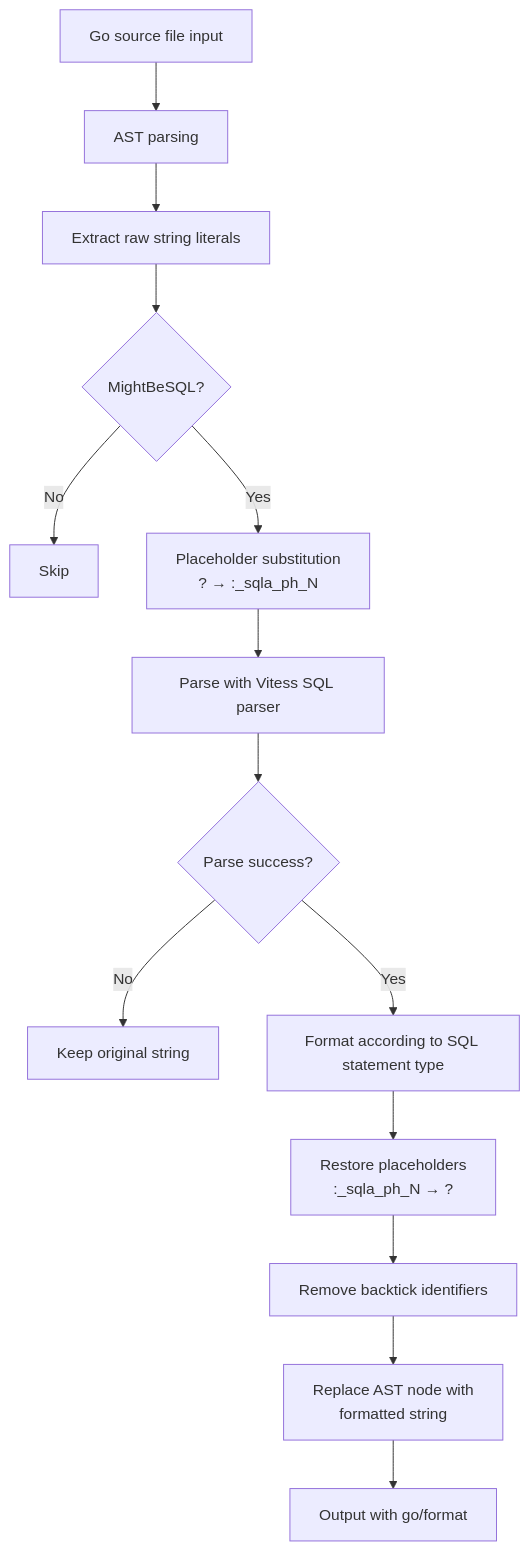
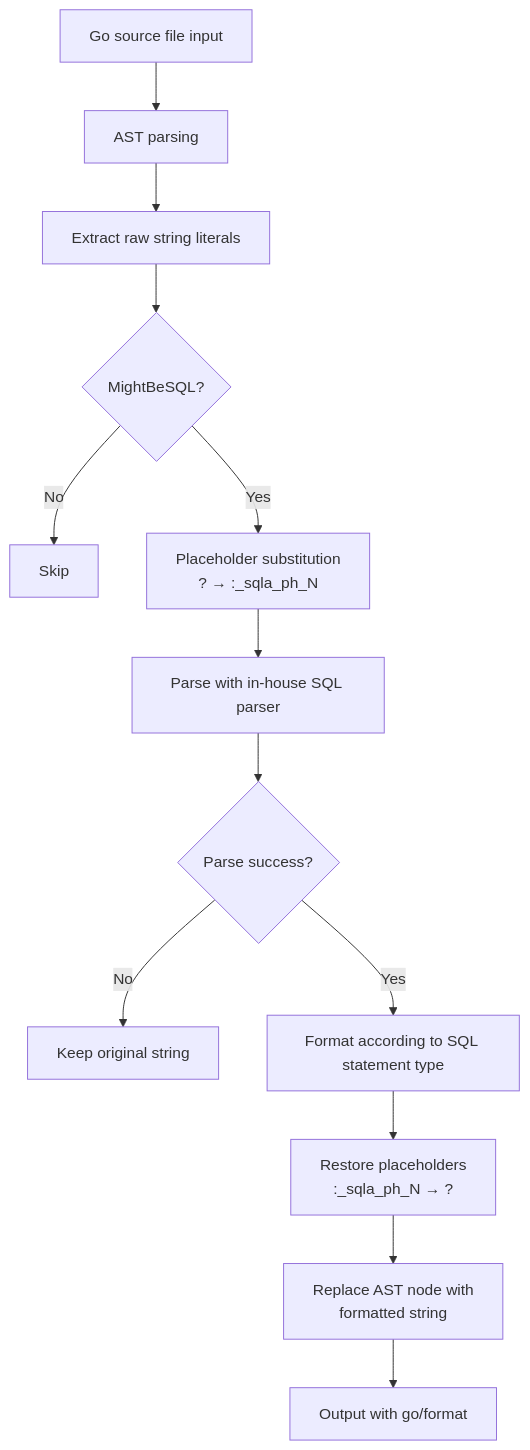
The first of 2 diagrams in docs/formatter-spec.md (Eagle-Konbu/sanat), drawn with Mermaid before and after one commit. The commit also changed other lines of this file and 14 other files, not shown here.

First line of the commit message:
refactor(sqlfmt): migrate formatter off vitess to in-house parser

````diff
--- a/docs/formatter-spec.md
+++ b/docs/formatter-spec.md
@@ -11,16 +11,15 @@
 ```mermaid
 flowchart TD
     A[Go source file input] --> B[AST parsing]
     B --> C[Extract raw string literals]
     C --> D{MightBeSQL?}
     D -- No --> E[Skip]
     D -- Yes --> F[Placeholder substitution<br/>? → :_sqla_ph_N]
-    F --> G[Parse with Vitess SQL parser]
+    F --> G[Parse with in-house SQL parser]
     G --> H{Parse success?}
     H -- No --> I[Keep original string]
     H -- Yes --> J[Format according to SQL statement type]
     J --> K[Restore placeholders<br/>:_sqla_ph_N → ?]
-    K --> L[Remove backtick identifiers]
-    L --> M[Replace AST node with<br/>formatted string]
+    K --> M[Replace AST node with<br/>formatted string]
     M --> N[Output with go/format]
 ```
````
